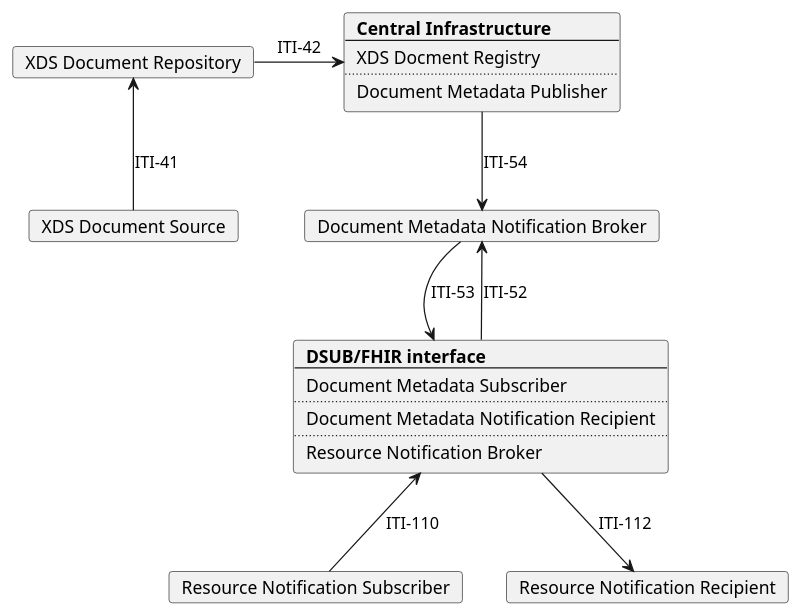
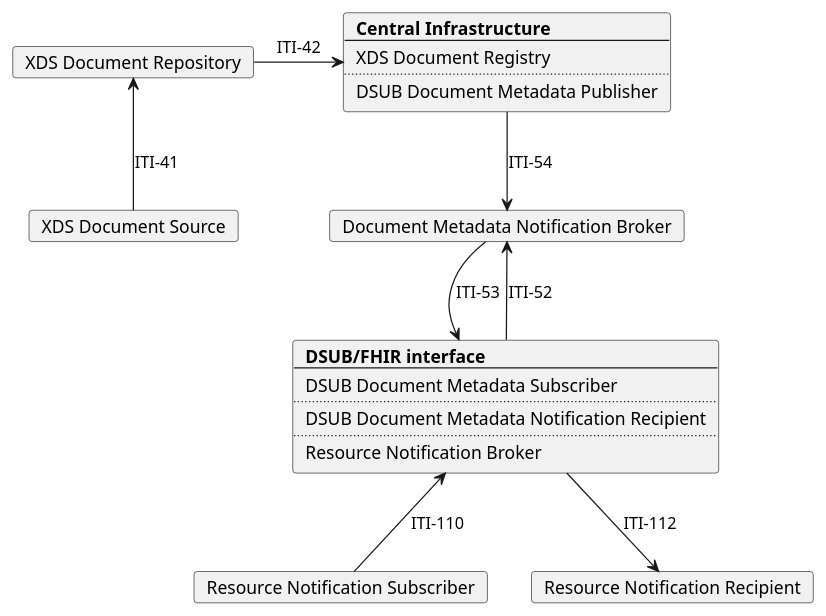
Before and after one commit to IHE/ITI.DSUBm: the diagram in input/images-source/model_DSUBonFHIR.plantuml, drawn with PlantUML. The commit also changed 4 other files, not shown here.

```diff
--- a/input/images-source/model_DSUBonFHIR.plantuml
+++ b/input/images-source/model_DSUBonFHIR.plantuml
@@ -1,46 +1,46 @@
 @startuml
 skinparam svgDimensionStyle false
 skinparam componentStyle rectangle
 
 hide footbox
 /' title "DSUBm grouped with DSUB: DSUB on FHIR" '/
 
 card "XDS Document Source" as Source
 card "XDS Document Repository" as Repo
 
 card  Central [
   <b>Central Infrastructure
   ----
-  XDS Docment Registry
+  XDS Document Registry
   ....
-  Document Metadata Publisher
+  DSUB Document Metadata Publisher
 ]
 
 card "Document Metadata Notification Broker" as Broker 
 
 card  DSUBFHIR [
   <b>DSUB/FHIR interface
   ----
-Document Metadata Subscriber
+DSUB Document Metadata Subscriber
 ....
-Document Metadata Notification Recipient
+DSUB Document Metadata Notification Recipient
 ....
 Resource Notification Broker
 ]
 
 card "Resource Notification Subscriber" as Subsciber 
 card "Resource Notification Recipient" as Recipient 
 
 Subsciber -u-> DSUBFHIR: ITI-110
 DSUBFHIR -d-> Broker: ITI-52
 
 Source -u-> Repo: ITI-41
 Repo -r-> Central: ITI-42
 Central -d-> Broker: ITI-54
 
 Broker-r->DSUBFHIR: ITI-53
 DSUBFHIR -d-> Recipient: ITI-112
 
 
 
 @enduml
```
